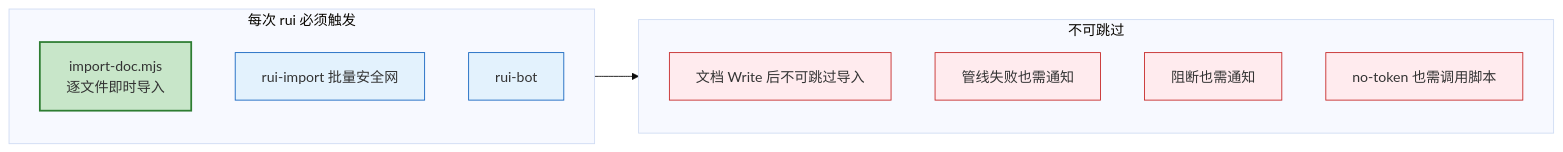
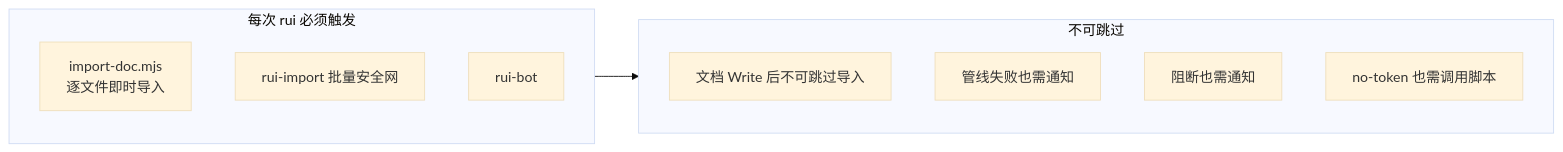
Before and after one commit to effiy/YrY: the sixth of 10 diagrams in rules/delivery-gate.md, drawn with Mermaid (base theme). The commit also changed other lines of this file and 61 other files, not shown here.

````diff
--- a/rules/delivery-gate.md
+++ b/rules/delivery-gate.md
@@ -165,19 +145,16 @@
 ```mermaid
 flowchart LR
     subgraph 必须["每次 rui 必须触发"]
         M0["import-doc.mjs<br/>逐文件即时导入"]:::primary
         M1["rui-import 批量安全网"]:::must
         M2["rui-bot"]:::must
     end
     subgraph 禁止["不可跳过"]
         X0["文档 Write 后不可跳过导入"]:::block
         X1["管线失败也需通知"]:::block
         X2["阻断也需通知"]:::block
         X3["no-token 也需调用脚本"]:::block
     end
     必须 --> 禁止
 
-    classDef primary fill:#c8e6c9,stroke:#2e7d32,stroke-width:2px;
-    classDef must fill:#e3f2fd,stroke:#1565c0;
-    classDef block fill:#ffebee,stroke:#c62828;
 ```
````
